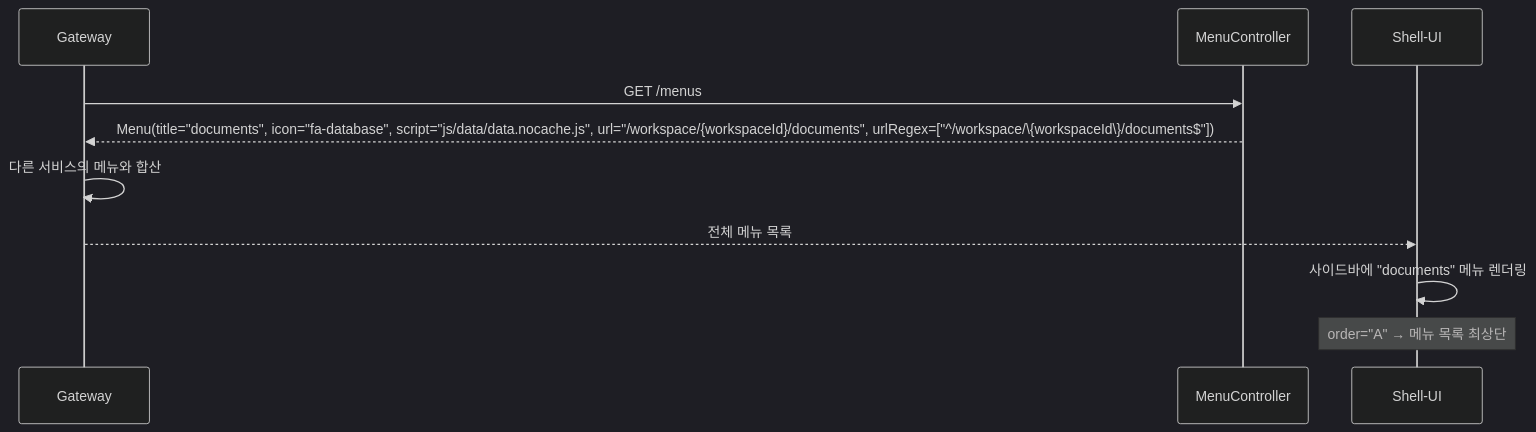
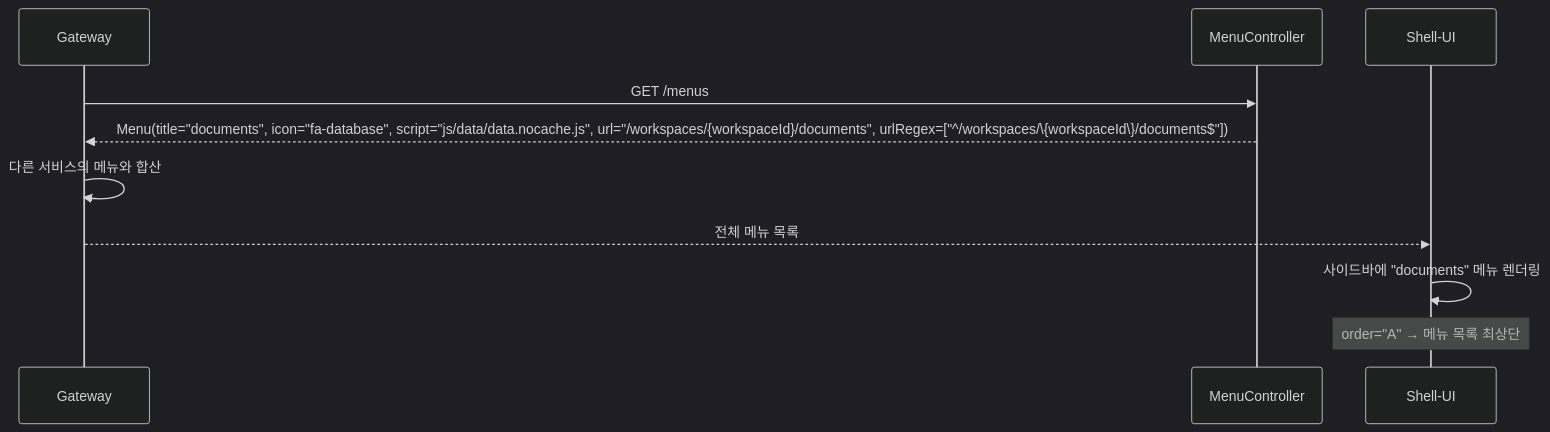
Before and after one commit to sayaya1090/handbook: the third of 4 diagrams in document-query/USECASE.md, drawn with Mermaid (dark theme). The commit also changed other lines of this file and 58 other files, not shown here.

````diff
--- a/document-query/USECASE.md
+++ b/document-query/USECASE.md
@@ -52,13 +52,13 @@
 ```mermaid
 sequenceDiagram
     participant GW as Gateway
     participant MC as MenuController
     participant Shell as Shell-UI
 
     GW->>MC: GET /menus
-    MC-->>GW: Menu(title="documents", icon="fa-database", script="js/data/data.nocache.js", url="/workspace/{workspaceId}/documents", urlRegex=["^/workspace/\{workspaceId\}/documents$"])
+    MC-->>GW: Menu(title="documents", icon="fa-database", script="js/data/data.nocache.js", url="/workspaces/{workspaceId}/documents", urlRegex=["^/workspaces/\{workspaceId\}/documents$"])
     GW->>GW: 다른 서비스의 메뉴와 합산
     GW-->>Shell: 전체 메뉴 목록
     Shell->>Shell: 사이드바에 "documents" 메뉴 렌더링
     Note over Shell: order="A" → 메뉴 목록 최상단
 ```
````
